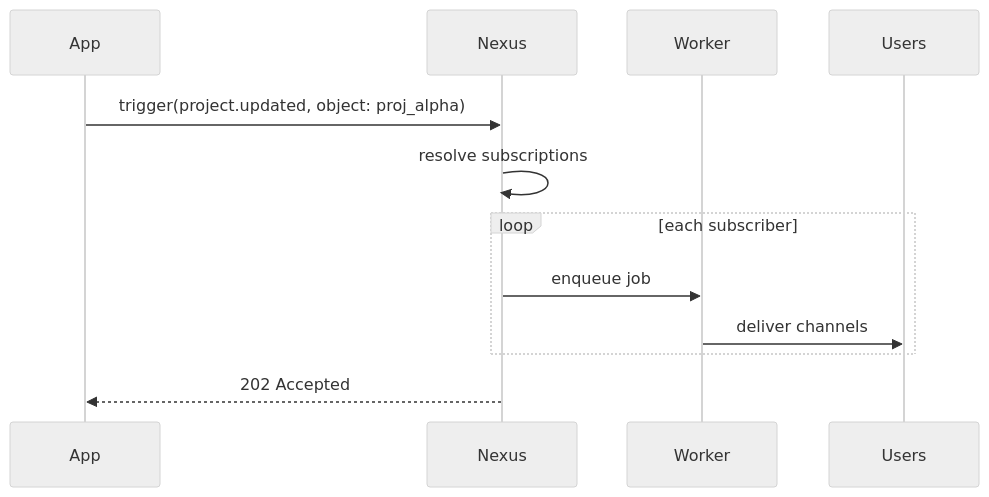
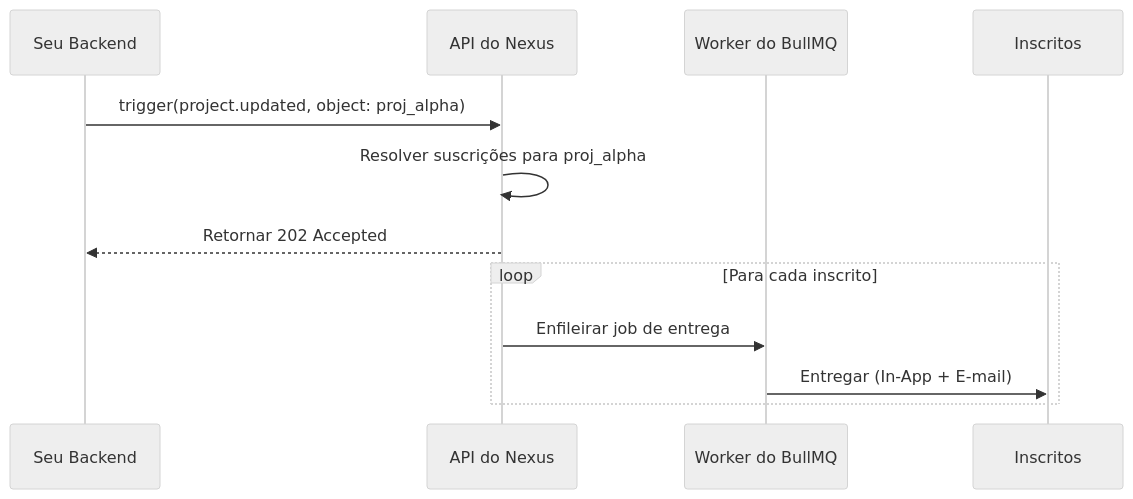
Before and after one commit to KriyanshKhunt/nexus_docs: the diagram in content/docs/pt/platform/guides/object-fanout.mdx, drawn with Mermaid (neutral theme). The commit also changed other lines of this file and 31 other files, not shown here.

````diff
--- a/content/docs/pt/platform/guides/object-fanout.mdx
+++ b/content/docs/pt/platform/guides/object-fanout.mdx
@@ -66,15 +128,15 @@
 ```mermaid
 sequenceDiagram
-  participant App
-  participant Nexus
-  participant Worker
-  participant Users
+  participant App as Seu Backend
+  participant Nexus as API do Nexus
+  participant Worker as Worker do BullMQ
+  participant Users as Inscritos
 
   App->>Nexus: trigger(project.updated, object: proj_alpha)
-  Nexus->>Nexus: resolve subscriptions
-  loop each subscriber
-    Nexus->>Worker: enqueue job
-    Worker->>Users: deliver channels
+  Nexus->>Nexus: Resolver suscrições para proj_alpha
+  Nexus-->>App: Retornar 202 Accepted
+  loop Para cada inscrito
+    Nexus->>Worker: Enfileirar job de entrega
+    Worker->>Users: Entregar (In-App + E-mail)
   end
-  Nexus-->>App: 202 Accepted
 ```
````
